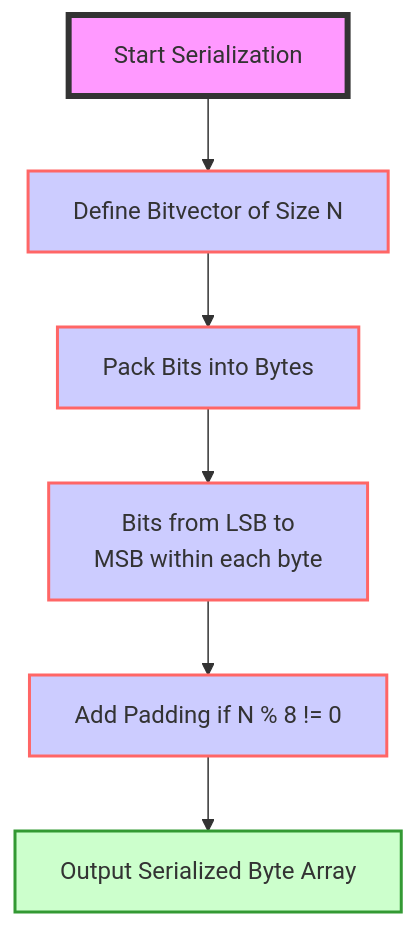
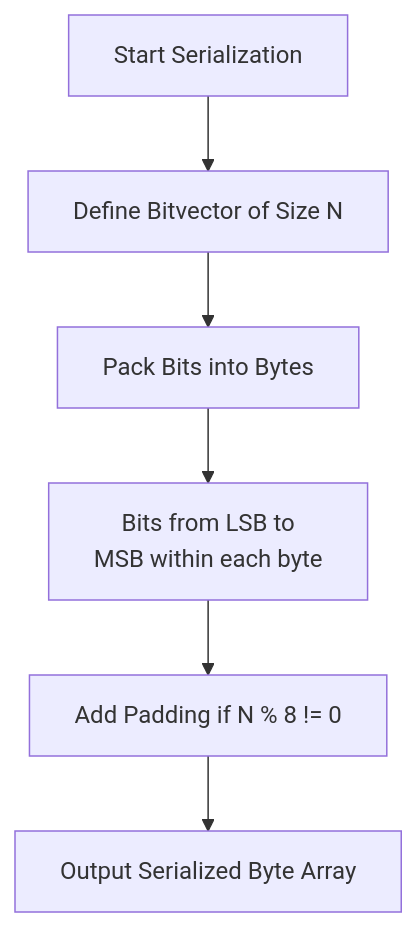
One commit to eth-protocol-fellows/protocol-studies changed the seventh of 12 diagrams in docs/wiki/CL/SSZ.md. Above: the diagram before and after it, drawn with Mermaid. The commit also changed other lines of this file and 2 other files, not shown here.

````diff
--- a/docs/wiki/CL/SSZ.md
+++ b/docs/wiki/CL/SSZ.md
@@ -398,15 +365,9 @@
 ```mermaid
 flowchart TD
     A[Start Serialization] --> B[Define Bitvector of Size N]
     B --> C[Pack Bits into Bytes]
     C --> D[Bits from LSB to\n MSB within each byte]
     D --> E[Add Padding if N % 8 != 0]
     E --> F[Output Serialized Byte Array]
     
-    classDef startEnd fill:#f9f,stroke:#333,stroke-width:4px;
-    class A startEnd;
-    classDef process fill:#ccf,stroke:#f66,stroke-width:2px;
-    class B,C,D,E process;
-    classDef output fill:#cfc,stroke:#393,stroke-width:2px;
-    class F output;
 ```
````
